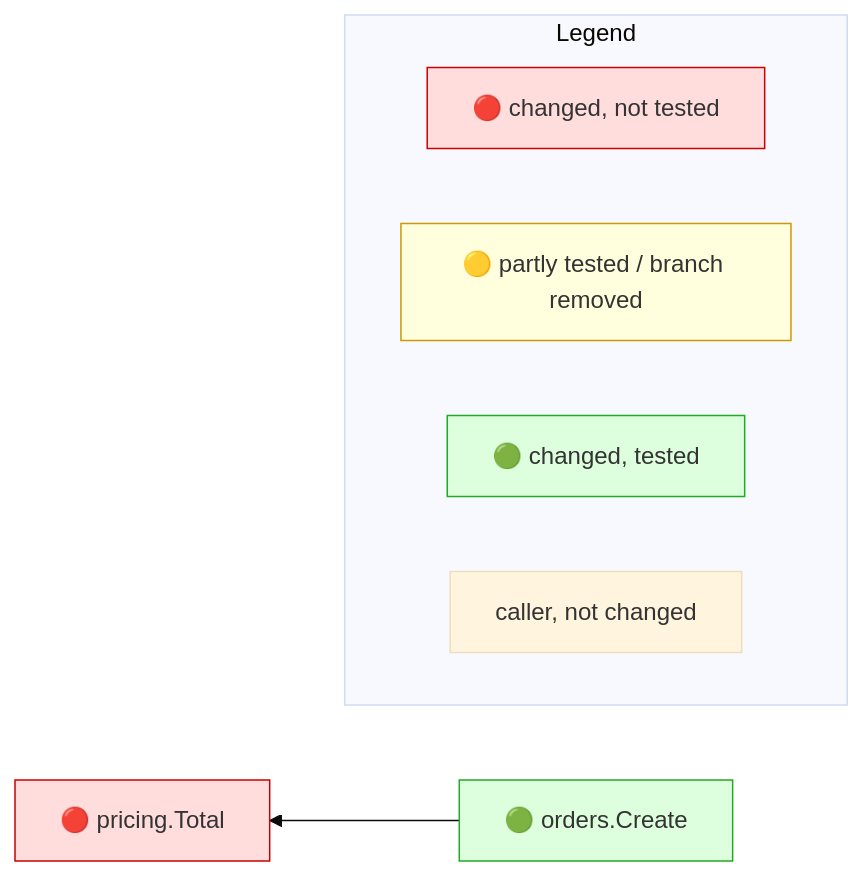
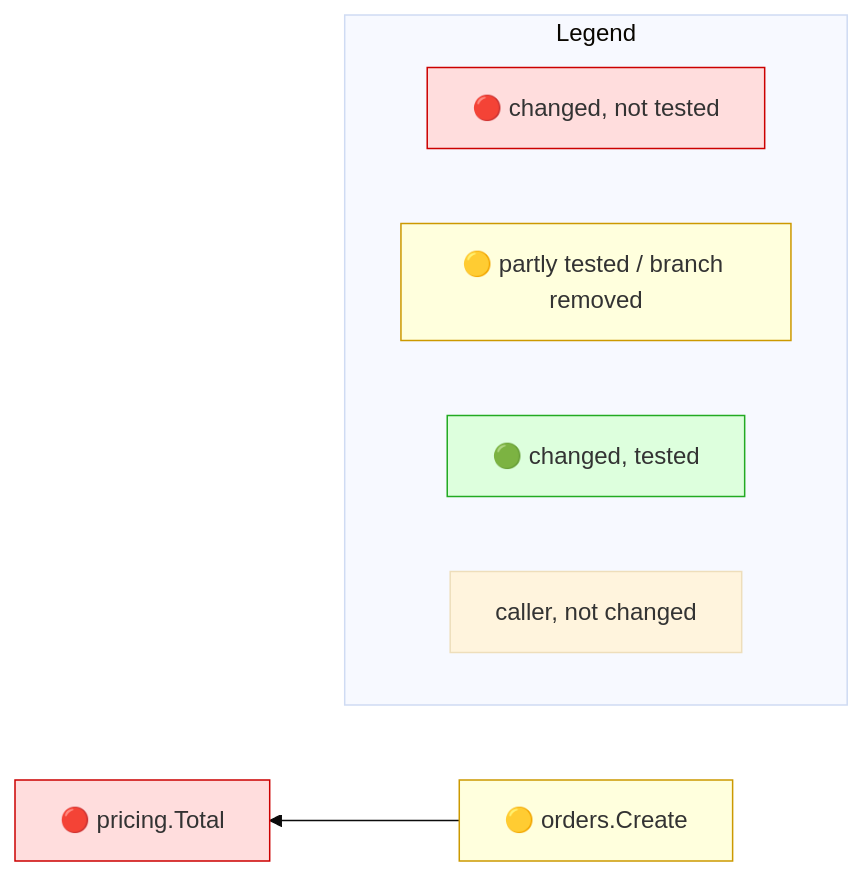
The diagram in testdata/e2e/exported_signature/expected.golden.md (Kevinbarrero/mr-impact), drawn with Mermaid (base theme) before and after one commit. The commit also changed other lines of this file and 36 other files, not shown here.

````diff
--- a/testdata/e2e/exported_signature/expected.golden.md
+++ b/testdata/e2e/exported_signature/expected.golden.md
@@ -14,16 +14,16 @@
 ```mermaid
 flowchart RL
   n0["🔴 pricing.Total"]:::red
-  n1["🟢 orders.Create"]:::green
+  n1["🟡 orders.Create"]:::yellow
   n1 --> n0
   subgraph legend ["Legend"]
     direction LR
     lr["🔴 changed, not tested"]:::red
     ly["🟡 partly tested / branch removed"]:::yellow
     lg["🟢 changed, tested"]:::green
     lc["caller, not changed"]
   end
   classDef red fill:#fdd,stroke:#c00
   classDef yellow fill:#ffd,stroke:#c90
   classDef green fill:#dfd,stroke:#2a2
 ```
````
